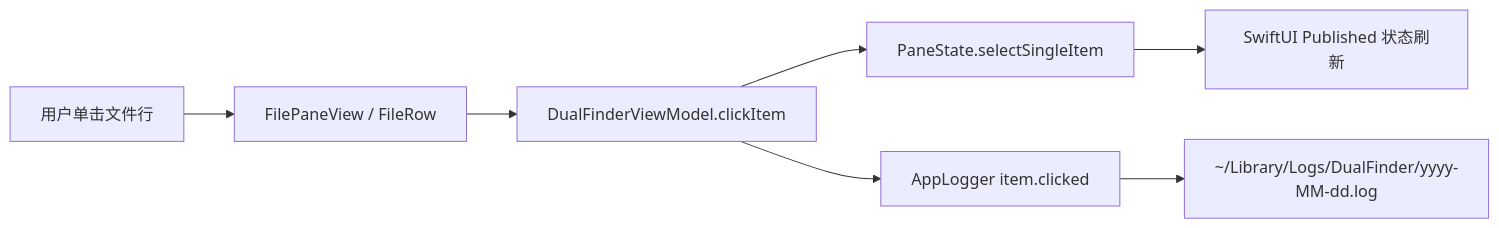
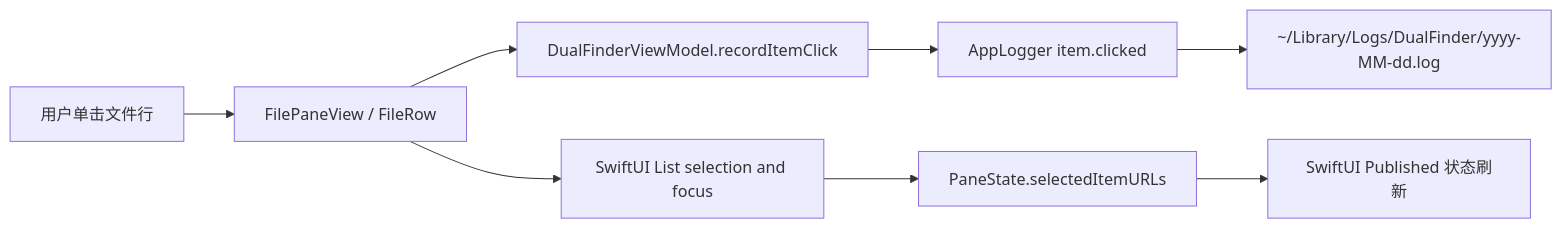
One commit to olojiang/dual_finder changed the first of 4 diagrams in local_docs/basic_functions_design_review.md. Above: the diagram before and after it, drawn with Mermaid. The commit also changed other lines of this file and 4 other files, not shown here.

First line of the commit message:
Let native list focus drive row selection

````diff
--- a/local_docs/basic_functions_design_review.md
+++ b/local_docs/basic_functions_design_review.md
@@ -108,9 +108,10 @@
 ```mermaid
 flowchart LR
     Click[用户单击文件行] --> Row[FilePaneView / FileRow]
-    Row --> VM[DualFinderViewModel.clickItem]
-    VM --> Pane[PaneState.selectSingleItem]
+    Row --> VM[DualFinderViewModel.recordItemClick]
+    Row --> List[SwiftUI List selection and focus]
     VM --> Log[AppLogger item.clicked]
+    List --> Pane[PaneState.selectedItemURLs]
     Pane --> UI[SwiftUI Published 状态刷新]
     Log --> File[~/Library/Logs/DualFinder/yyyy-MM-dd.log]
 ```
````
